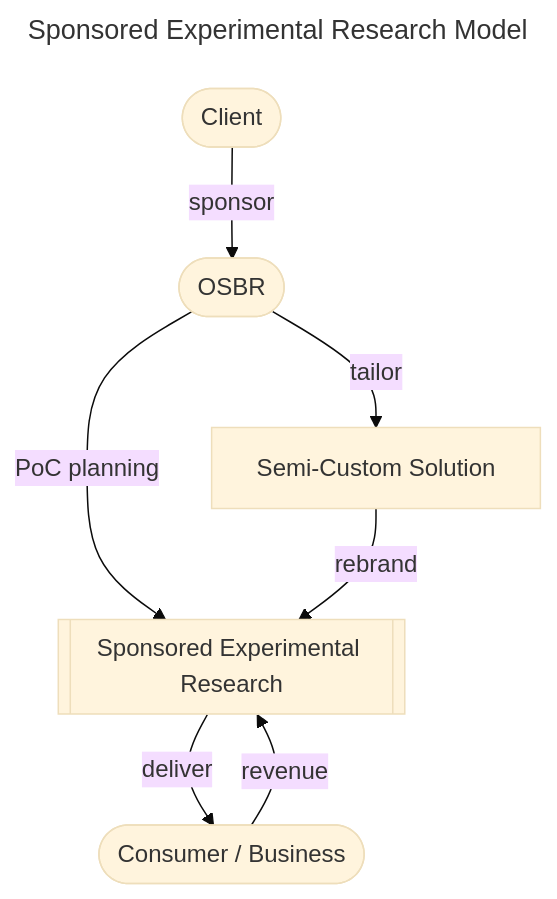
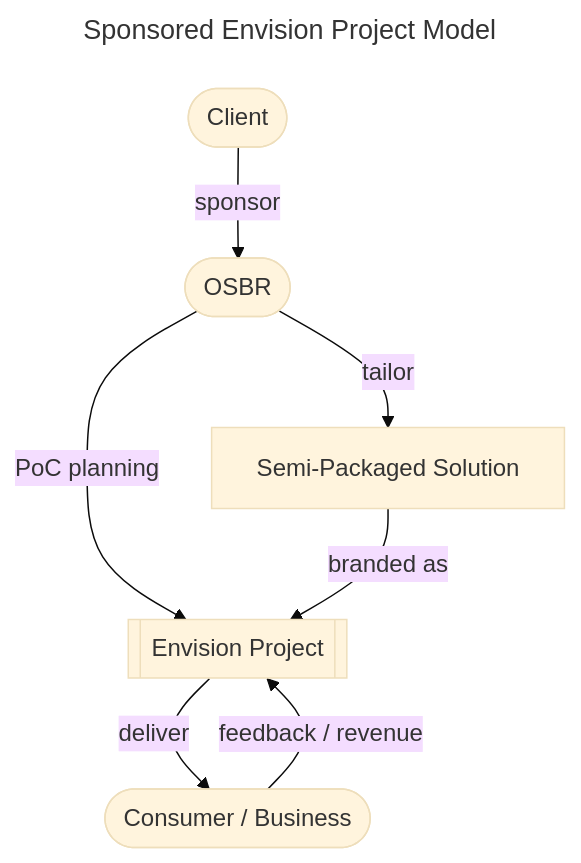
The third of 5 diagrams in doc/strategy.md (osbrjp/handbook), drawn with Mermaid (base theme) before and after one commit. The commit also changed other lines of this file and 1 other file, not shown here.

````diff
--- a/doc/strategy.md
+++ b/doc/strategy.md
@@ -74,12 +79,12 @@
 ```mermaid
 ---
-title: Sponsored Experimental Research Model
+title: Sponsored Envision Project Model
 ---
 graph TB;
     C([Client]) -- "sponsor"  --> OSBR
-    OSBR([OSBR]) -- "PoC planning" --> ES[[Sponsored Experimental Research]];
-    OSBR -- "tailor" --> SPS[Semi-Custom Solution];
-    SPS -- "rebrand" --> ES;
-    CB -- "revenue" --> ES;
+    OSBR([OSBR]) -- "PoC planning" --> ES[[Envision Project]];
+    OSBR -- "tailor" --> SPS[Semi-Packaged Solution];
+    SPS -- "branded as" --> ES;
+    CB -- "feedback / revenue" --> ES;
     ES -- "deliver" --> CB([Consumer / Business]);
 ```
````
